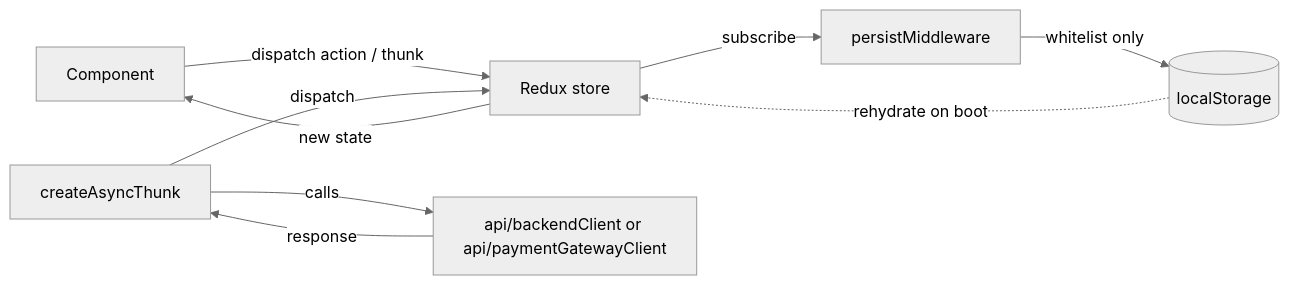
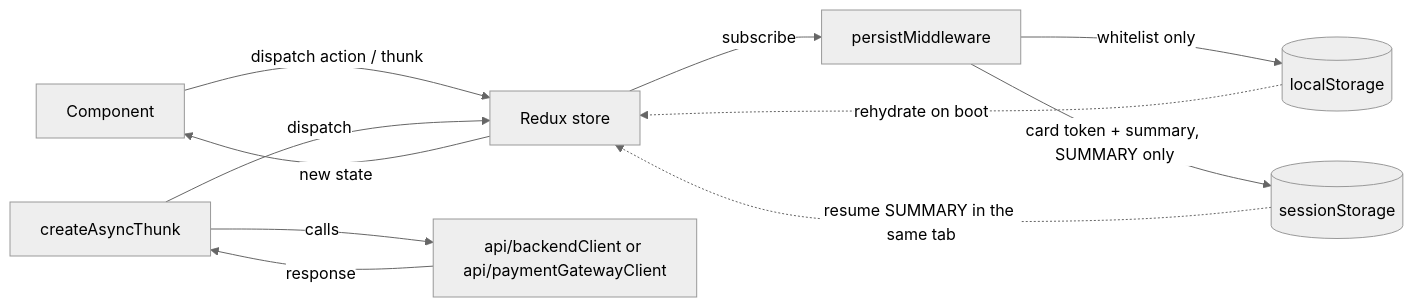
The diagram in frontend/README.md (Wgutierrezl/product-checkout-app), drawn with Mermaid (neutral theme) before and after one commit. The commit also changed other lines of this file and 1 other file, not shown here.

````diff
--- a/frontend/README.md
+++ b/frontend/README.md
@@ -56,11 +56,13 @@
 ```mermaid
 flowchart LR
   UI[Component] -->|dispatch action / thunk| Store[Redux store]
   Store -->|new state| UI
   Thunk[createAsyncThunk] -->|calls| API[api/backendClient or api/paymentGatewayClient]
   API -->|response| Thunk
   Thunk -->|dispatch| Store
   Store -->|subscribe| Persist[persistMiddleware]
   Persist -->|whitelist only| LocalStorage[(localStorage)]
+  Persist -->|card token + summary, SUMMARY only| SessionStorage[(sessionStorage)]
   LocalStorage -.->|rehydrate on boot| Store
+  SessionStorage -.->|resume SUMMARY in the same tab| Store
 ```
````
